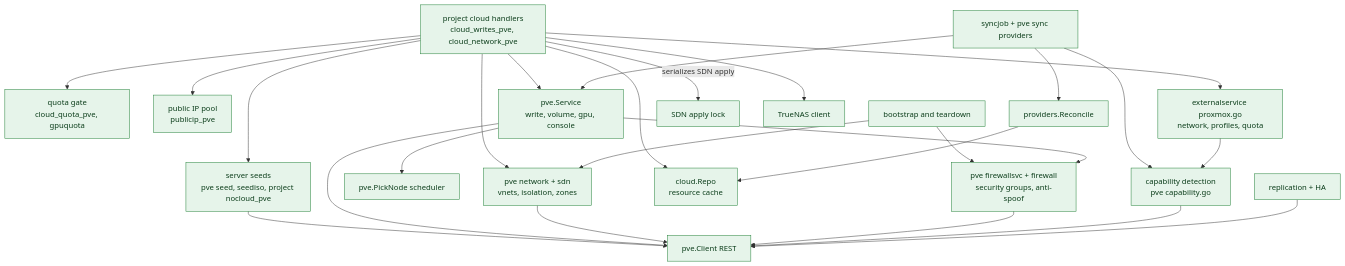
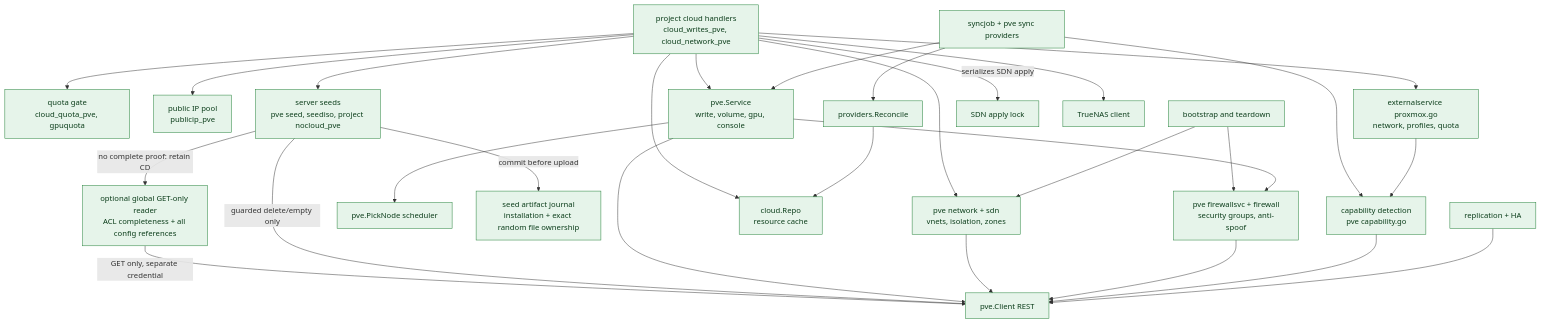
One commit to mutex-solutions/proxcloud changed the second of 5 diagrams in docs/architecture/c4/c3-components.md. Above: the diagram before and after it, drawn with Mermaid. The commit also changed other lines of this file and 24 other files, not shown here.

Commit message:
fix: journal seed artifacts and fail closed on cleanup

````diff
--- a/docs/architecture/c4/c3-components.md
+++ b/docs/architecture/c4/c3-components.md
@@ -69,49 +69,54 @@
 ```mermaid
 flowchart TB
   classDef impl fill:#e6f4ea,stroke:#1e7e34,color:#0b3d1a
   classDef planned fill:#f2f2f2,stroke:#8a8a8a,stroke-dasharray:5 5,color:#555555
 
   ph["project cloud handlers<br/>cloud_writes_pve, cloud_network_pve"]:::impl
   quota["quota gate<br/>cloud_quota_pve, gpuquota"]:::impl
   pip["public IP pool<br/>publicip_pve"]:::impl
   lifecycle["bootstrap and teardown"]:::impl
   es["externalservice proxmox.go<br/>network, profiles, quota"]:::impl
   svc["pve.Service<br/>write, volume, gpu, console"]:::impl
   net["pve network + sdn<br/>vnets, isolation, zones"]:::impl
   fwsvc["pve firewallsvc + firewall<br/>security groups, anti-spoof"]:::impl
   sch["pve.PickNode scheduler"]:::impl
   cli["pve.Client REST"]:::impl
   seed["server seeds<br/>pve seed, seediso, project nocloud_pve"]:::impl
+  seedjournal["seed artifact journal<br/>installation + exact random file ownership"]:::impl
+  seedreader["optional global GET-only reader<br/>ACL completeness + all config references"]:::impl
   sync["syncjob + pve sync providers"]:::impl
   recon["providers.Reconcile"]:::impl
   repo["cloud.Repo<br/>resource cache"]:::impl
   lock["SDN apply lock"]:::impl
   cap["capability detection<br/>pve capability.go"]:::impl
   ha["replication + HA"]:::impl
   truenas["TrueNAS client"]:::impl
 
   ph --> quota
   ph --> pip
   ph --> seed
-  seed --> cli
+  seed -->|"commit before upload"| seedjournal
+  seed -->|"no complete proof: retain CD"| seedreader
+  seedreader -->|"GET only, separate credential"| cli
+  seed -->|"guarded delete/empty only"| cli
   ph --> es
   ph --> svc
   ph --> net
   ph -->|"serializes SDN apply"| lock
   lifecycle --> net
   lifecycle --> fwsvc
   svc --> sch
   svc --> fwsvc
   svc --> cli
   net --> cli
   fwsvc --> cli
   ph --> repo
   sync --> svc
   sync --> recon
   recon --> repo
   cap --> cli
   sync --> cap
   es --> cap
   ha --> cli
   ph --> truenas
 ```
````
